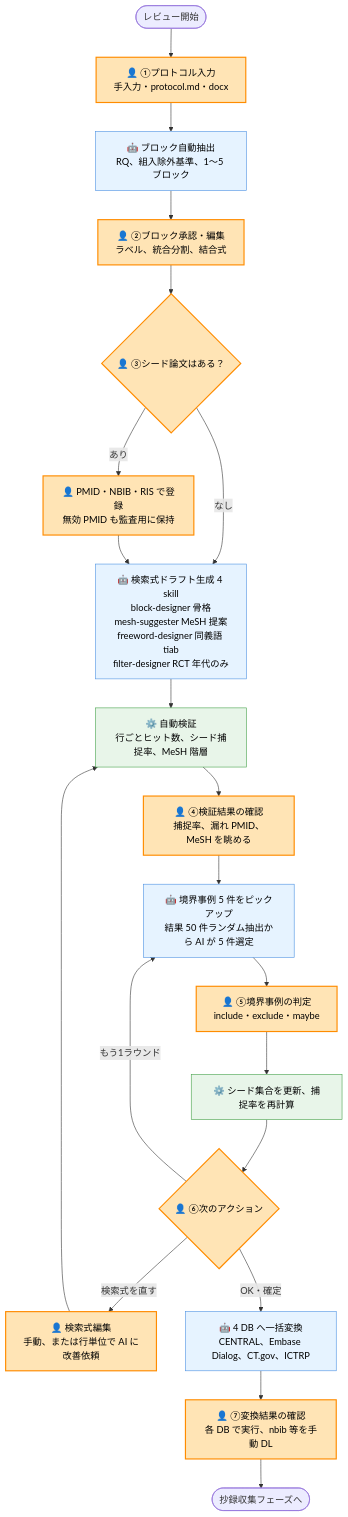
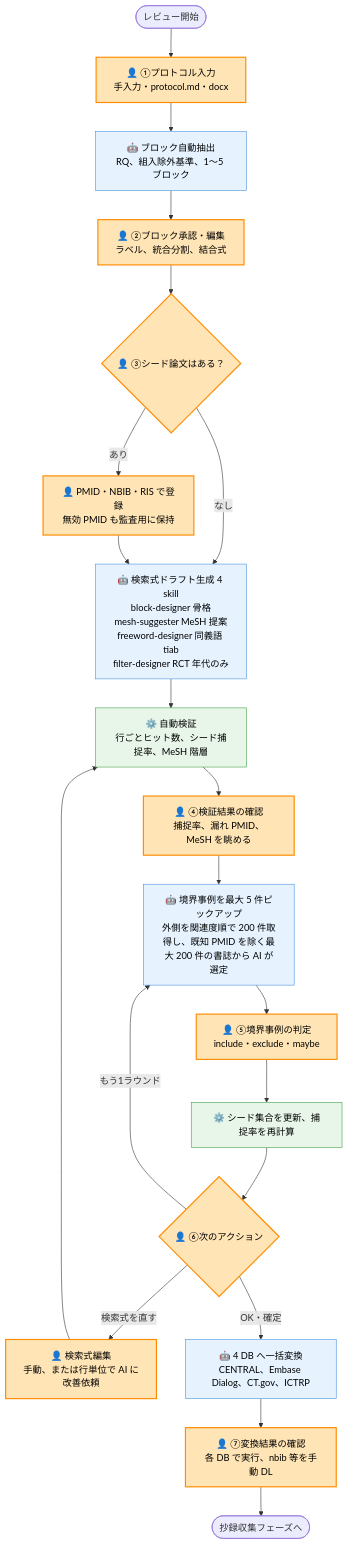
One commit to youkiti/sr-query-builder-plugin changed the diagram in docs/librarian-flowchart.md. Above: the diagram before and after it, drawn with Mermaid. The commit also changed 5 other files, not shown here.

````diff
--- a/docs/librarian-flowchart.md
+++ b/docs/librarian-flowchart.md
@@ -17,30 +17,30 @@
 ```mermaid
 flowchart TD
     Start([レビュー開始]) --> H1["👤 ①プロトコル入力<br/>手入力・protocol.md・docx"]
     H1 --> A1["🤖 ブロック自動抽出<br/>RQ、組入除外基準、1〜5 ブロック"]
     A1 --> H2["👤 ②ブロック承認・編集<br/>ラベル、統合分割、結合式"]
     H2 --> H3{"👤 ③シード論文はある？"}
     H3 -->|あり| H3a["👤 PMID・NBIB・RIS で登録<br/>無効 PMID も監査用に保持"]
     H3 -->|なし| A2
     H3a --> A2
     A2["🤖 検索式ドラフト生成 4 skill<br/>block-designer 骨格<br/>mesh-suggester MeSH 提案<br/>freeword-designer 同義語 tiab<br/>filter-designer RCT 年代のみ"]
     A2 --> V1["⚙️ 自動検証<br/>行ごとヒット数、シード捕捉率、MeSH 階層"]
     V1 --> H4["👤 ④検証結果の確認<br/>捕捉率、漏れ PMID、MeSH を眺める"]
-    H4 --> A3["🤖 境界事例 5 件をピックアップ<br/>結果 50 件ランダム抽出から AI が 5 件選定"]
+    H4 --> A3["🤖 境界事例を最大 5 件ピックアップ<br/>外側を関連度順で 200 件取得し、既知 PMID を除く最大 200 件の書誌から AI が選定"]
     A3 --> H5["👤 ⑤境界事例の判定<br/>include・exclude・maybe"]
     H5 --> V2["⚙️ シード集合を更新、捕捉率を再計算"]
     V2 --> D1{"👤 ⑥次のアクション"}
     D1 -->|もう1ラウンド| A3
     D1 -->|検索式を直す| H6["👤 検索式編集<br/>手動、または行単位で AI に改善依頼"]
     H6 --> V1
     D1 -->|OK・確定| A4["🤖 4 DB へ一括変換<br/>CENTRAL、Embase Dialog、CT.gov、ICTRP"]
     A4 --> H7["👤 ⑦変換結果の確認<br/>各 DB で実行、nbib 等を手動 DL"]
     H7 --> End([抄録収集フェーズへ])
 
     classDef hitl fill:#ffe4b5,stroke:#ff8c00,stroke-width:2px,color:#000
     classDef ai fill:#e6f3ff,stroke:#4a90e2,color:#000
     classDef sys fill:#e8f5e9,stroke:#43a047,color:#000
     class H1,H2,H3,H3a,H4,H5,H6,H7,D1 hitl
     class A1,A2,A3,A4 ai
     class V1,V2 sys
 ```
````
